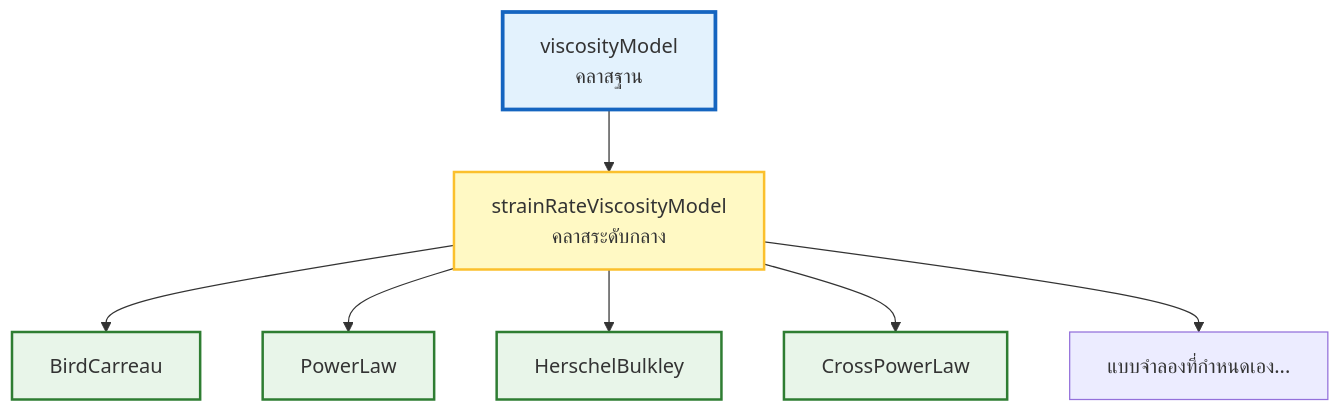
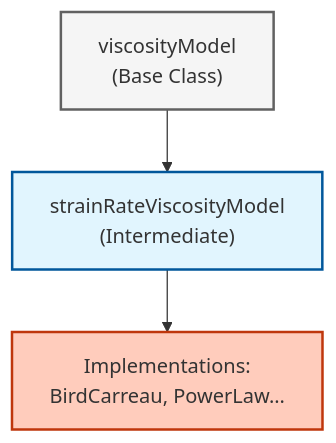
One commit to wramet/build-my-cfd changed the second of 4 diagrams in MODULE_06_ADVANCED_PHYSICS/CONTENT/04_NON_NEWTONIAN_FLUIDS/00_Overview.md. Above: the diagram before and after it, drawn with Mermaid. The commit also changed other lines of this file and 313 other files, not shown here.

Commit message:
Revise all diagram

````diff
--- a/MODULE_06_ADVANCED_PHYSICS/CONTENT/04_NON_NEWTONIAN_FLUIDS/00_Overview.md
+++ b/MODULE_06_ADVANCED_PHYSICS/CONTENT/04_NON_NEWTONIAN_FLUIDS/00_Overview.md
@@ -161,16 +149,11 @@
 ```mermaid
 graph TD
-    A[viscosityModel<br/>คลาสฐาน] --> B[strainRateViscosityModel<br/>คลาสระดับกลาง]
-    B --> C[BirdCarreau]
-    B --> D[PowerLaw]
-    B --> E[HerschelBulkley]
-    B --> F[CrossPowerLaw]
-    B --> G[แบบจำลองที่กำหนดเอง...]
+classDef implicit fill:#e1f5fe,stroke:#01579b,stroke-width:2px
+classDef explicit fill:#ffccbc,stroke:#bf360c,stroke-width:2px
+classDef context fill:#f5f5f5,stroke:#616161,stroke-width:2px
+Base["viscosityModel<br/>(Base Class)"]:::context
+Inter["strainRateViscosityModel<br/>(Intermediate)"]:::implicit
+Concrete["Implementations:<br/>BirdCarreau, PowerLaw..."]:::explicit
 
-    style A fill:#e3f2fd,stroke:#1565c0,stroke-width:3px
-    style B fill:#fff9c4,stroke:#fbc02d,stroke-width:2px
-    style C fill:#e8f5e9,stroke:#2e7d32,stroke-width:2px
-    style D fill:#e8f5e9,stroke:#2e7d32,stroke-width:2px
-    style E fill:#e8f5e9,stroke:#2e7d32,stroke-width:2px
-    style F fill:#e8f5e9,stroke:#2e7d32,stroke-width:2px
+Base --> Inter --> Concrete
 ```
````
